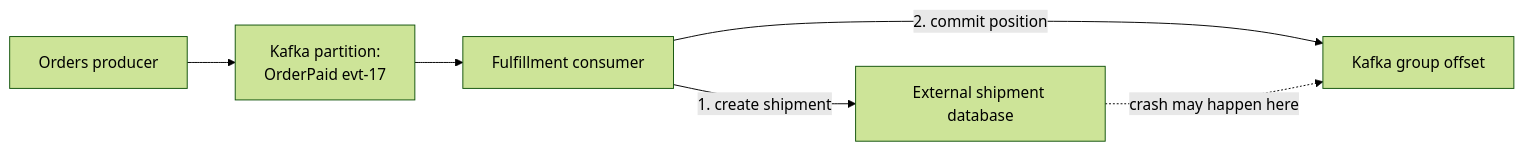
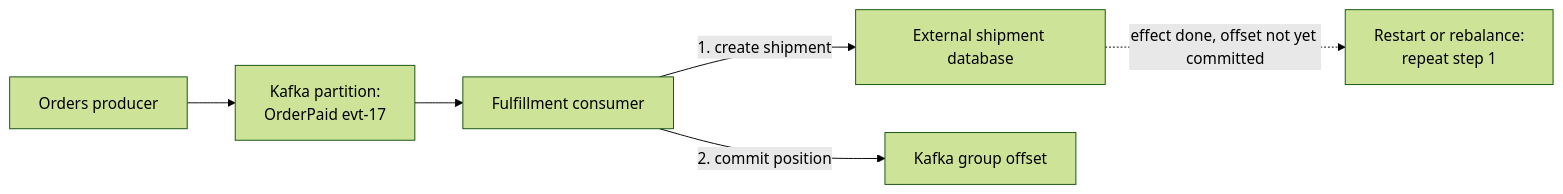
One commit to David-A18/MY-humble-knowledge-for-everyone changed the diagram in knowledge/databases/kafka/delivery-guarantees-and-failure-handling.md. Above: the diagram before and after it, drawn with Mermaid (forest theme). The commit also changed other lines of this file and 3 other files, not shown here.

````diff
--- a/knowledge/databases/kafka/delivery-guarantees-and-failure-handling.md
+++ b/knowledge/databases/kafka/delivery-guarantees-and-failure-handling.md
@@ -61,8 +64,8 @@
 ```mermaid
 flowchart LR
   producer["Orders producer"] --> log["Kafka partition:<br/>OrderPaid evt-17"]
   log --> consumer["Fulfillment consumer"]
   consumer -- "1. create shipment" --> db["External shipment database"]
   consumer -- "2. commit position" --> offset["Kafka group offset"]
-  db -. "crash may happen here" .-> offset
+  db -. "effect done, offset not yet committed" .-> gap["Restart or rebalance:<br/>repeat step 1"]
 ```
````
